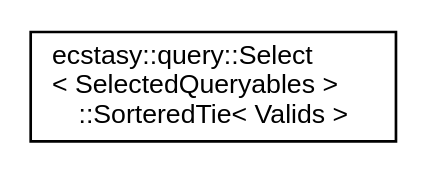
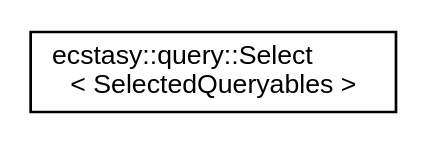
The diagram in inherit_graph_34.dot (AndreasLrx/ecstasy), drawn with Graphviz before and after one commit. The commit also changed 382 other files, not shown here.

```diff
--- a/inherit_graph_34.dot
+++ b/inherit_graph_34.dot
@@ -1,8 +1,8 @@
 digraph "Graphical Class Hierarchy"
 {
  // LATEX_PDF_SIZE
   edge [fontname="Helvetica",fontsize="10",labelfontname="Helvetica",labelfontsize="10"];
   node [fontname="Helvetica",fontsize="10",shape=record];
   rankdir="LR";
-  Node0 [label="ecstasy::query::Select\l\< SelectedQueryables \>\l::SorteredTie\< Valids \>",height=0.2,width=0.4,color="black", fillcolor="white", style="filled",URL="$structecstasy_1_1query_1_1_select_1_1_sortered_tie.html",tooltip=" "];
+  Node0 [label="ecstasy::query::Select\l\< SelectedQueryables \>",height=0.2,width=0.4,color="black", fillcolor="white", style="filled",URL="$structecstasy_1_1query_1_1_select.html",tooltip="Advanced Query."];
 }
```
